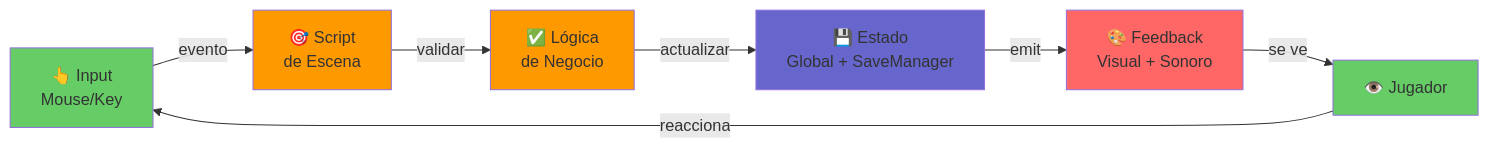
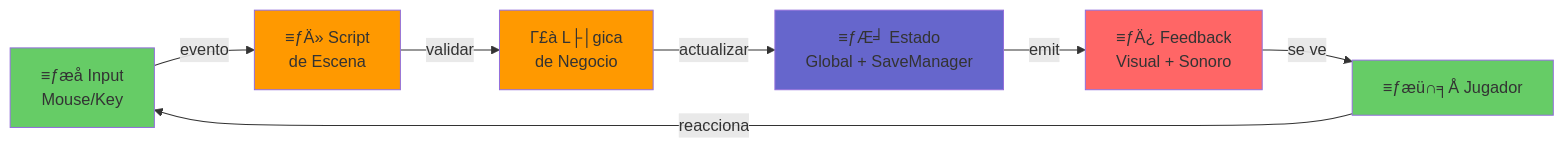
One commit to TTIP-e-vidente/e-vidente changed the second of 2 diagrams in wiki/Architecture.md. Above: the diagram before and after it, drawn with Mermaid. The commit also changed other lines of this file and 25 other files, not shown here.

Commit message:
Add documentation for Entrega 1: architecture, use cases, decisions, evidence, relational model, and user stories

````diff
--- a/wiki/Architecture.md
+++ b/wiki/Architecture.md
@@ -105,15 +105,15 @@
 ```mermaid
-graph LR
-    A["👆 Input<br/>Mouse/Key"] -->|evento| B["🎯 Script<br/>de Escena"]
-    B -->|validar| C["✅ Lógica<br/>de Negocio"]
-    C -->|actualizar| D["💾 Estado<br/>Global + SaveManager"]
-    D -->|emit| E["🎨 Feedback<br/>Visual + Sonoro"]
-    E -->|se ve| F["👁️ Jugador"]
+flowchart LR
+    A["≡ƒæå Input<br/>Mouse/Key"] -->|evento| B["≡ƒÄ» Script<br/>de Escena"]
+    B -->|validar| C["Γ£à L├│gica<br/>de Negocio"]
+    C -->|actualizar| D["≡ƒÆ╛ Estado<br/>Global + SaveManager"]
+    D -->|emit| E["≡ƒÄ¿ Feedback<br/>Visual + Sonoro"]
+    E -->|se ve| F["≡ƒæü∩╕Å Jugador"]
     F -->|reacciona| A
     style A fill:#66cc66
     style B fill:#ff9900
     style C fill:#ff9900
     style D fill:#6666cc
     style E fill:#ff6666
     style F fill:#66cc66
 ```
````
